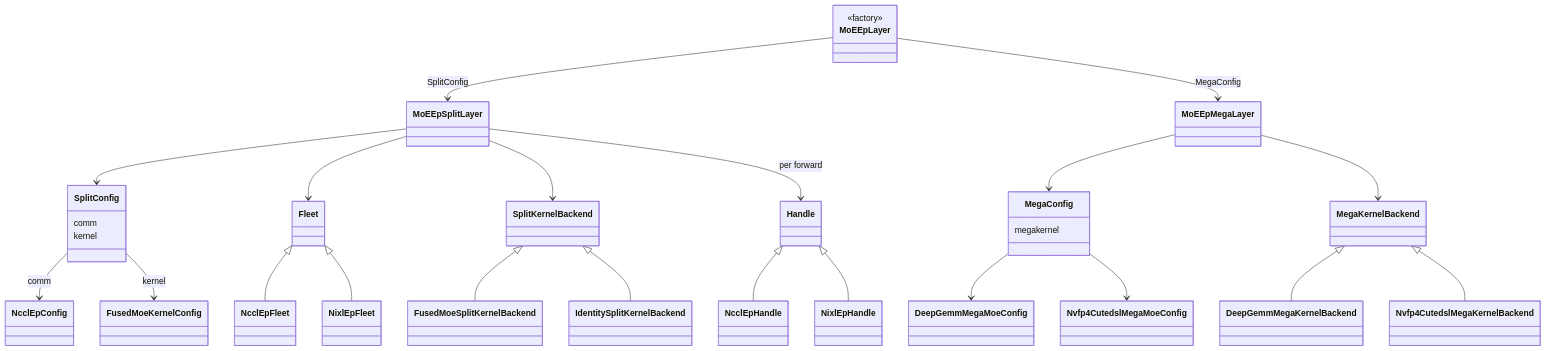
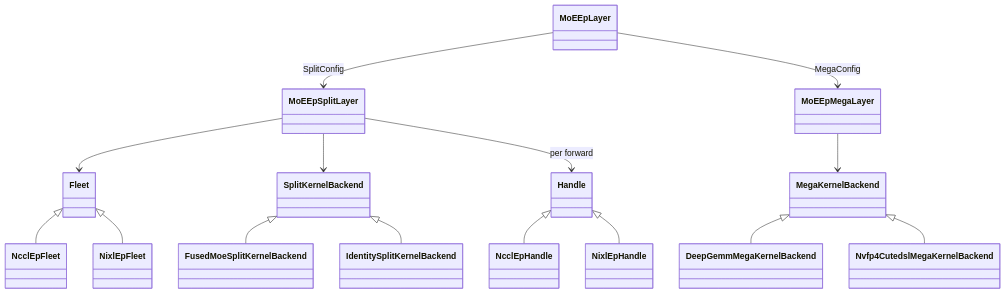
The first of 3 diagrams in flashinfer/moe_ep/design.md (flashinfer-ai/flashinfer), drawn with Mermaid before and after one commit. The commit also changed other lines of this file, not shown here.

````diff
--- a/flashinfer/moe_ep/design.md
+++ b/flashinfer/moe_ep/design.md
@@ -45,40 +45,23 @@
 ```mermaid
 classDiagram
     direction TB
 
-    class MoEEpLayer {
-        <<factory>>
-    }
-    class SplitConfig {
-        comm
-        kernel
-    }
-    class MegaConfig {
-        megakernel
-    }
-
     MoEEpLayer --> MoEEpSplitLayer : SplitConfig
     MoEEpLayer --> MoEEpMegaLayer : MegaConfig
 
-    MoEEpSplitLayer --> SplitConfig
     MoEEpSplitLayer --> Fleet
     MoEEpSplitLayer --> SplitKernelBackend
     MoEEpSplitLayer --> Handle : per forward
-    MoEEpMegaLayer --> MegaConfig
+
     MoEEpMegaLayer --> MegaKernelBackend
-
-    SplitConfig --> NcclEpConfig : comm
-    SplitConfig --> FusedMoeKernelConfig : kernel
-    MegaConfig --> DeepGemmMegaMoeConfig
-    MegaConfig --> Nvfp4CutedslMegaMoeConfig
 
     Fleet <|-- NcclEpFleet
     Fleet <|-- NixlEpFleet
     Handle <|-- NcclEpHandle
     Handle <|-- NixlEpHandle
 
     SplitKernelBackend <|-- FusedMoeSplitKernelBackend
     SplitKernelBackend <|-- IdentitySplitKernelBackend
     MegaKernelBackend <|-- DeepGemmMegaKernelBackend
     MegaKernelBackend <|-- Nvfp4CutedslMegaKernelBackend
 ```
````
